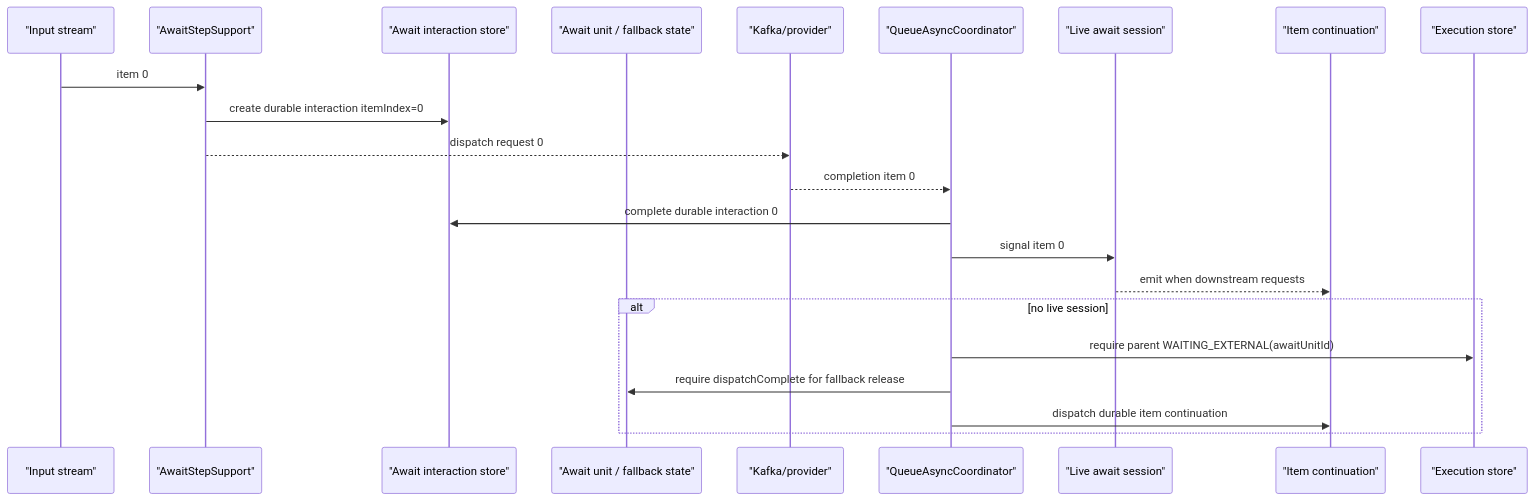
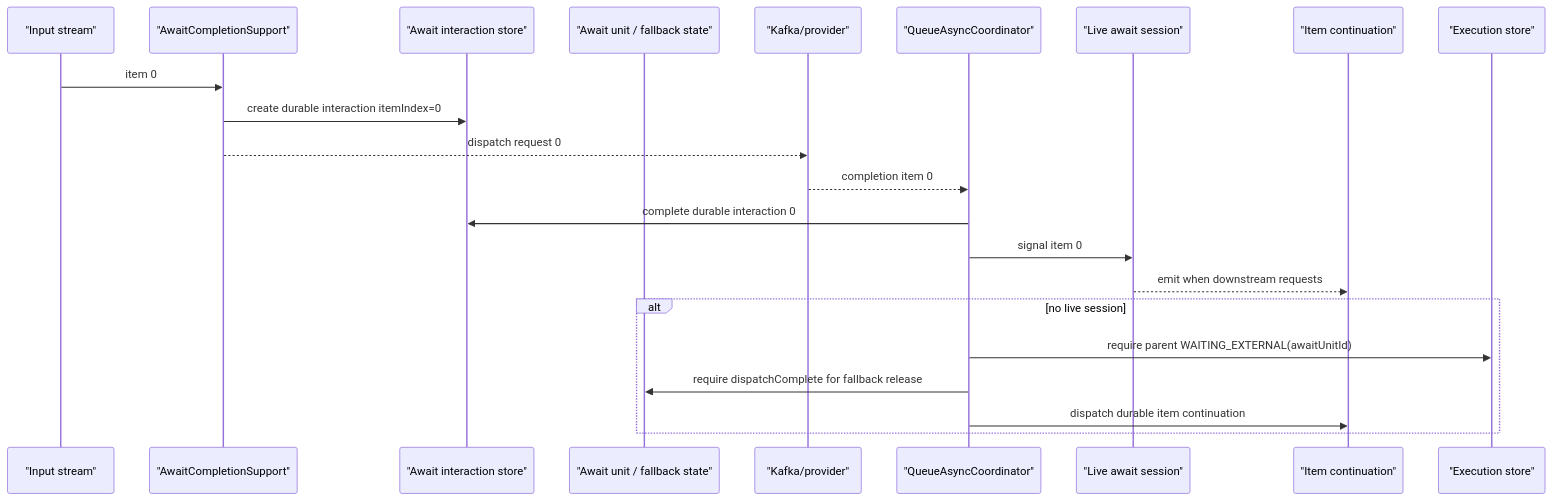
One commit to The-Pipeline-Framework/pipelineframework changed the diagram in docs/deploy/orchestrator-runtime/await.md. Above: the diagram before and after it, drawn with Mermaid. The commit also changed other lines of this file and 168 other files, not shown here.

Commit message:
Make Await an orthogonal deferred-completion modifier

````diff
--- a/docs/deploy/orchestrator-runtime/await.md
+++ b/docs/deploy/orchestrator-runtime/await.md
@@ -62,26 +66,26 @@
 ```mermaid
 sequenceDiagram
     participant Input as "Input stream"
-    participant Await as "AwaitStepSupport"
+    participant Await as "AwaitCompletionSupport"
     participant Interaction as "Await interaction store"
     participant Unit as "Await unit / fallback state"
     participant Kafka as "Kafka/provider"
     participant Queue as "QueueAsyncCoordinator"
     participant Live as "Live await session"
     participant Status as "Item continuation"
     participant Exec as "Execution store"
 
     Input->>Await: item 0
     Await->>Interaction: create durable interaction itemIndex=0
     Await-->>Kafka: dispatch request 0
     Kafka-->>Queue: completion item 0
     Queue->>Interaction: complete durable interaction 0
     Queue->>Live: signal item 0
     Live-->>Status: emit when downstream requests
 
     alt no live session
       Queue->>Exec: require parent WAITING_EXTERNAL(awaitUnitId)
       Queue->>Unit: require dispatchComplete for fallback release
       Queue->>Status: dispatch durable item continuation
     end
 ```
````
